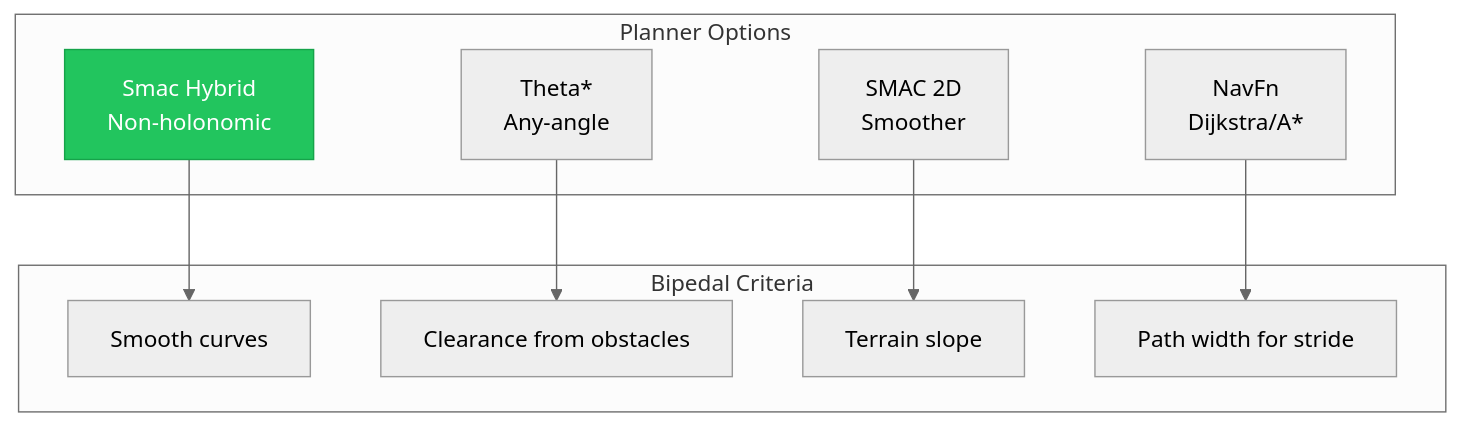
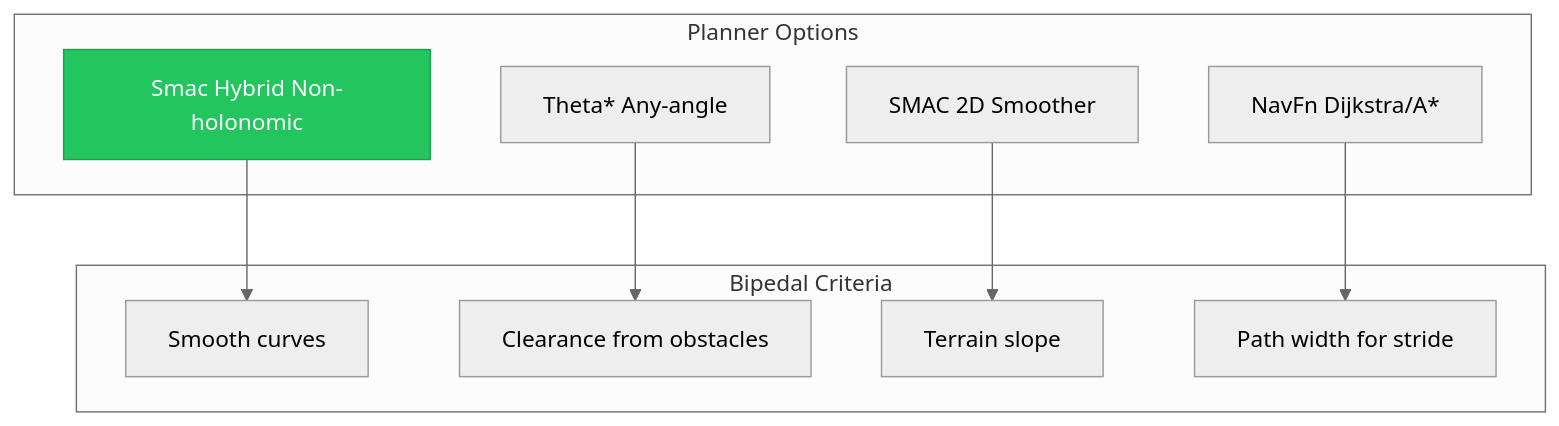
Before and after one commit to shakir-hussain1/physical-AI-and-humanoid-robotics-textbook-by-shakir-hussain: the third of 5 diagrams in docs/modules/module-3-isaac/chapter-12-nav2.md, drawn with Mermaid (neutral theme). The commit also changed other lines of this file and 17 other files, not shown here.

Commit message:
fix: Remove br tags from Mermaid diagrams causing parse errors

````diff
--- a/docs/modules/module-3-isaac/chapter-12-nav2.md
+++ b/docs/modules/module-3-isaac/chapter-12-nav2.md
@@ -211,23 +211,23 @@
 ```mermaid
 flowchart TD
     subgraph Planners["Planner Options"]
-        NAVFN[NavFn<br/>Dijkstra/A*]
-        SMAC[SMAC 2D<br/>Smoother]
-        THETA[Theta*<br/>Any-angle]
-        HYBRID[Smac Hybrid<br/>Non-holonomic]
+        NAVFN[NavFn Dijkstra/A*]
+        SMAC[SMAC 2D Smoother]
+        THETA[Theta* Any-angle]
+        HYBRID[Smac Hybrid Non-holonomic]
     end
 
     subgraph Criteria["Bipedal Criteria"]
         SMOOTH[Smooth curves]
         CLEAR[Clearance from obstacles]
         SLOPE[Terrain slope]
         WIDTH[Path width for stride]
     end
 
     HYBRID --> SMOOTH
     THETA --> CLEAR
     SMAC --> SLOPE
     NAVFN --> WIDTH
 
     style HYBRID fill:#22c55e,stroke:#16a34a,color:#fff
 ```
````
